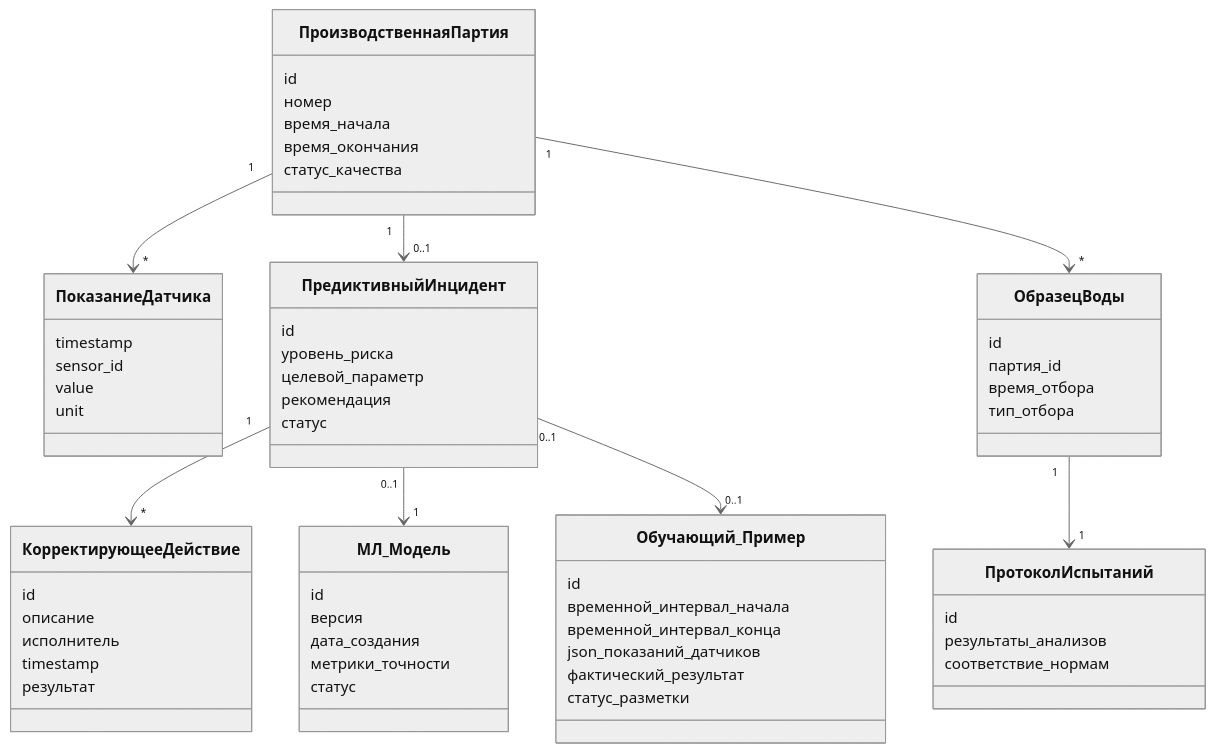
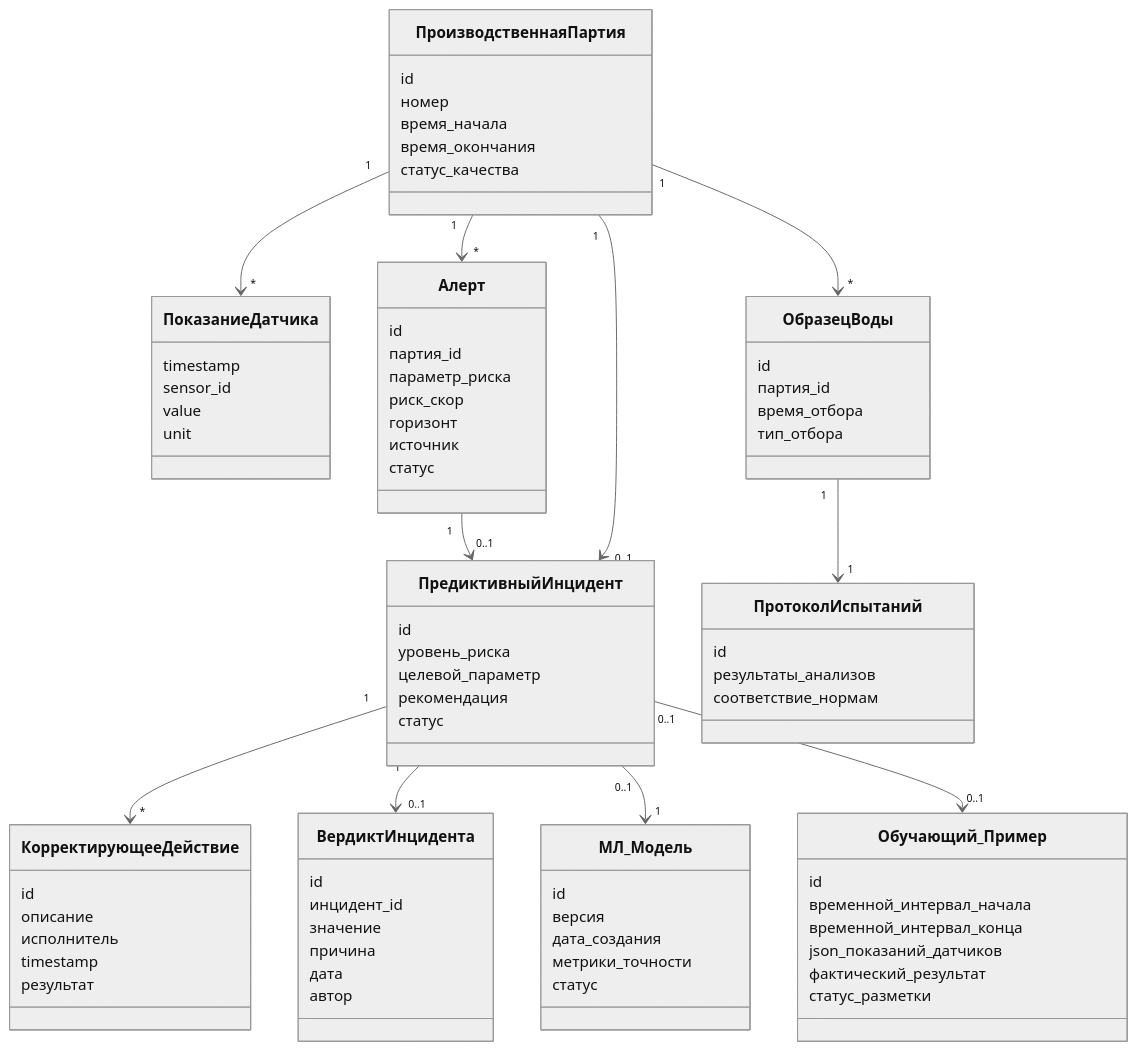
One commit to igorvolk1961/water_checker changed the second of 2 diagrams in docs/system_analysis/06_domain_model.md. Above: the diagram before and after it, drawn with Mermaid (neutral theme). The commit also changed other lines of this file and 8 other files, not shown here.

```diff
--- a/docs/system_analysis/06_domain_model.md
+++ b/docs/system_analysis/06_domain_model.md
@@ -76,6 +91,15 @@
         value
         unit
     }
+    class Алерт {
+        id
+        партия_id
+        параметр_риска
+        риск_скор
+        горизонт
+        источник
+        статус
+    }
     class ПредиктивныйИнцидент {
         id
         уровень_риска
@@ -89,6 +113,14 @@
         исполнитель
         timestamp
         результат
+    }
+    class ВердиктИнцидента {
+        id
+        инцидент_id
+        значение
+        причина
+        дата
+        автор
     }
     class ОбразецВоды {
         id
@@ -118,8 +150,11 @@
     }
 
     ПроизводственнаяПартия "1" --> "*" ПоказаниеДатчика
+    ПроизводственнаяПартия "1" --> "*" Алерт
+    Алерт "1" --> "0..1" ПредиктивныйИнцидент
     ПроизводственнаяПартия "1" --> "0..1" ПредиктивныйИнцидент
     ПредиктивныйИнцидент "1" --> "*" КорректирующееДействие
+    ПредиктивныйИнцидент "1" --> "0..1" ВердиктИнцидента
     ПредиктивныйИнцидент "0..1" --> "1" МЛ_Модель
     ПредиктивныйИнцидент "0..1" --> "0..1" Обучающий_Пример
     ПроизводственнаяПартия "1" --> "*" ОбразецВоды
```
